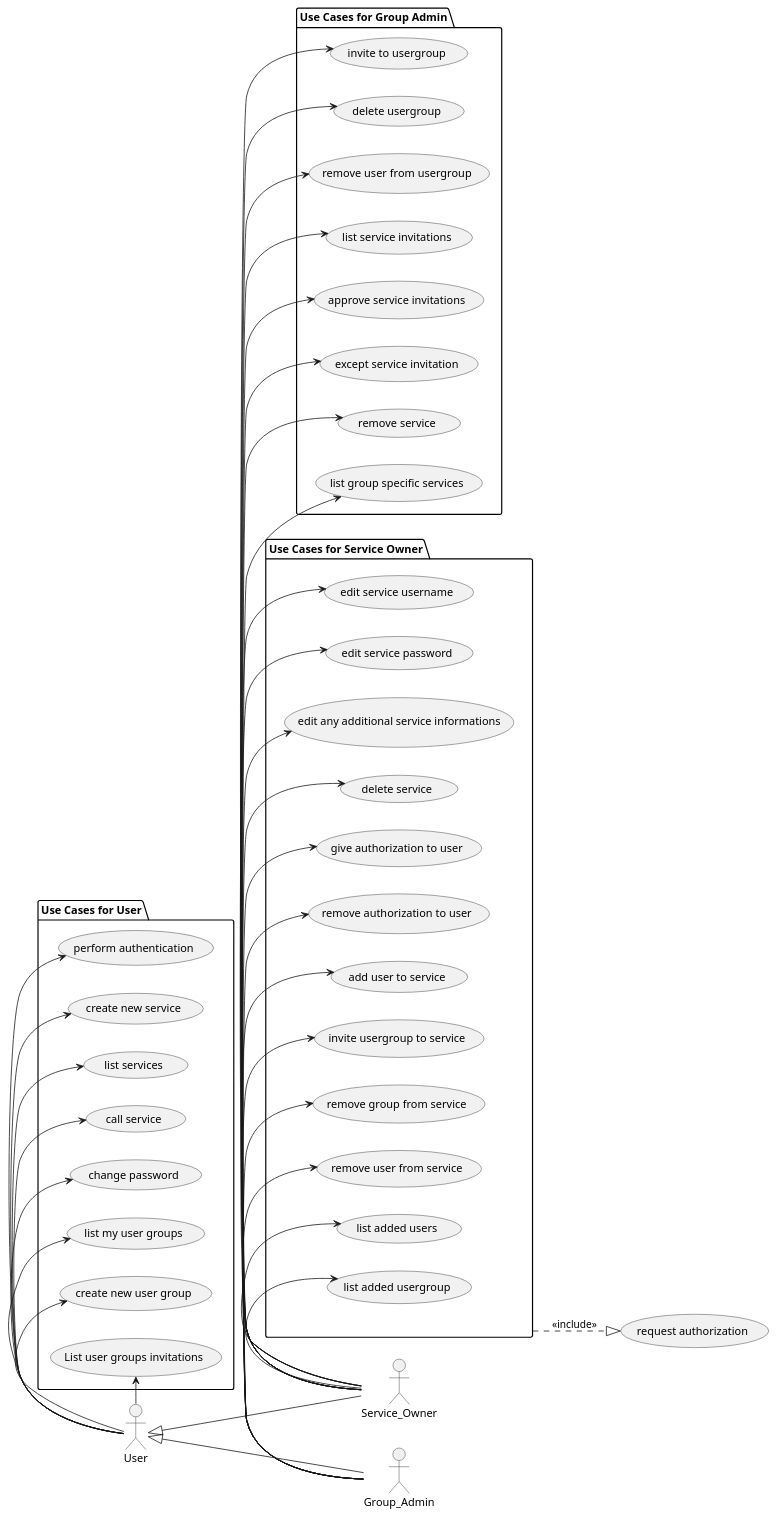
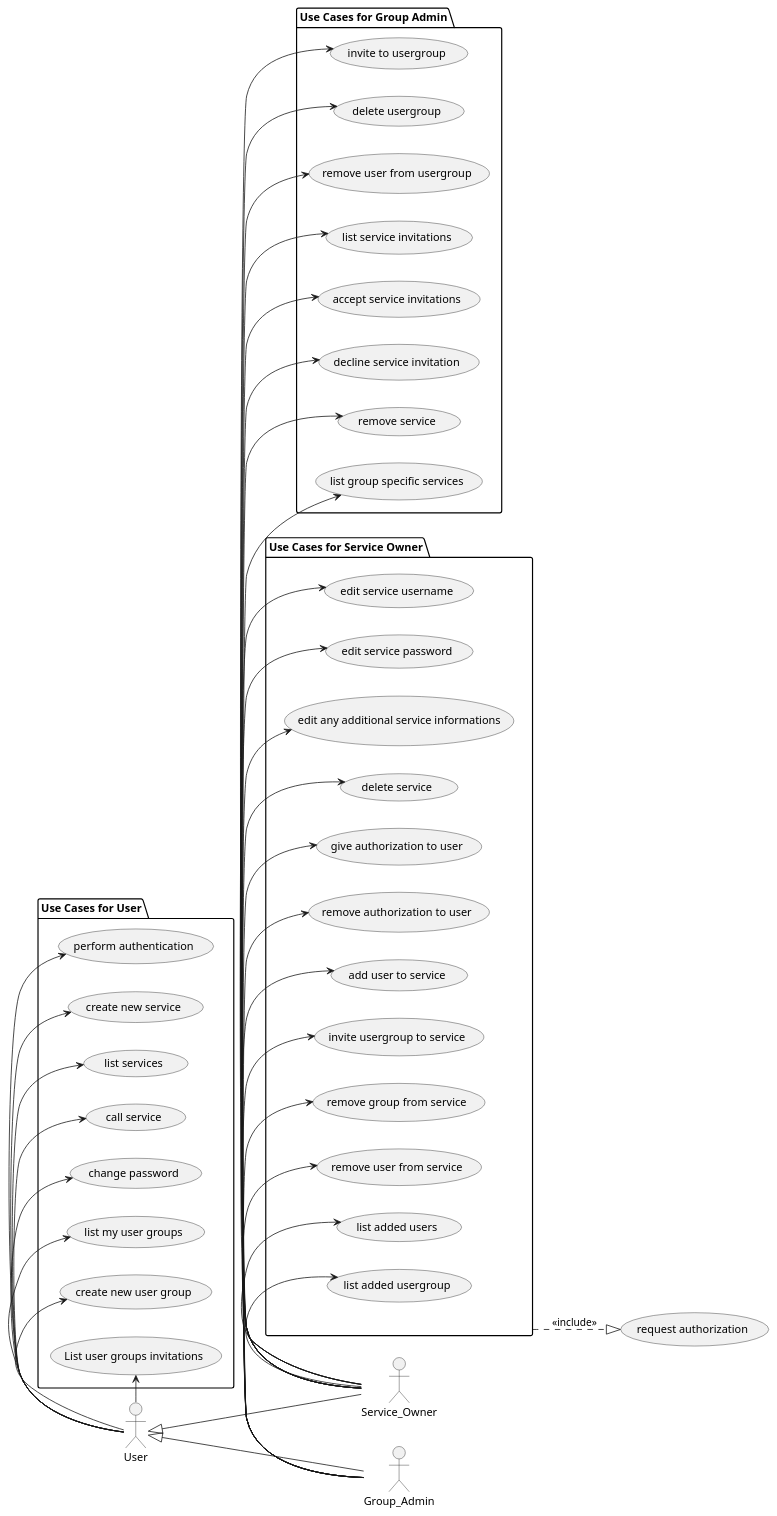
One commit to sesogr/auth-share changed the diagram in doc/usecase.plantuml. Above: the diagram before and after it, drawn with PlantUML.

Commit message:
fix: accept to approve and except to decline

```diff
--- a/doc/usecase.plantuml
+++ b/doc/usecase.plantuml
@@ -1,84 +1,84 @@
 @startuml
 
 left to right direction
 
 actor User
 actor Service_Owner
 actor Group_Admin
 
 User <|-- Service_Owner
 User <|-- Group_Admin
 
 package "Use Cases for User" {
     (perform authentication) as PA
     (create new service) as CNS
     (list services) as LS
     (call service) as CS
     (change password) as CP
     (list my user groups) as LMUG
     (create new user group) as CNUG
     (List user groups invitations) as LUGI
 }
 
 User -> PA
 User -> CNS
 User -> LS
 User -> CS
 User -> CP
 User -> LMUG
 User -> CNUG
 User -> LUGI
 
 package "Use Cases for Service Owner" as SO{
     (edit service username) as ESU
     (edit service password) as ESP
     (edit any additional service informations) as EASI
     (delete service) as DS
     
     (give authorization to user) as G_AUTH
     (remove authorization to user) as R_AUTH
     (add user to service) as AUTS
     (invite usergroup to service) as IUFS
     (remove group from service) as RGFS
     (remove user from service) as RUFS
     (list added users) as LAU
     (list added usergroup) as LAG
 }
 
 (request authorization) as AUTH
 
 Service_Owner -> ESU
 Service_Owner -> ESP
 Service_Owner -> EASI
 Service_Owner -> DS
 SO ..|> AUTH : <<include>>
 Service_Owner -> G_AUTH
 Service_Owner -> R_AUTH
 Service_Owner -> AUTS
 Service_Owner -> IUFS
 Service_Owner -> RGFS
 Service_Owner -> RUFS
 Service_Owner -> LAU
 Service_Owner -> LAG
 
 package "Use Cases for Group Admin" {
     (invite to usergroup) as ITG
     (delete usergroup) as DG
     (remove user from usergroup) as RUFG
     (list service invitations) as LSI
-    (approve service invitations) as ASI
-    (except service invitation) as ESI
+    (accept service invitations) as ASI
+    (decline service invitation) as DSI
     (remove service) as RS
     (list group specific services) as LGSS
 }
 
 Group_Admin -> ITG
 Group_Admin -> DG
 Group_Admin -> RUFG
 Group_Admin -> LSI
 Group_Admin -> ASI
-Group_Admin -> ESI
+Group_Admin -> DSI
 Group_Admin -> RS
 Group_Admin -> LGSS
 
 @enduml
```
